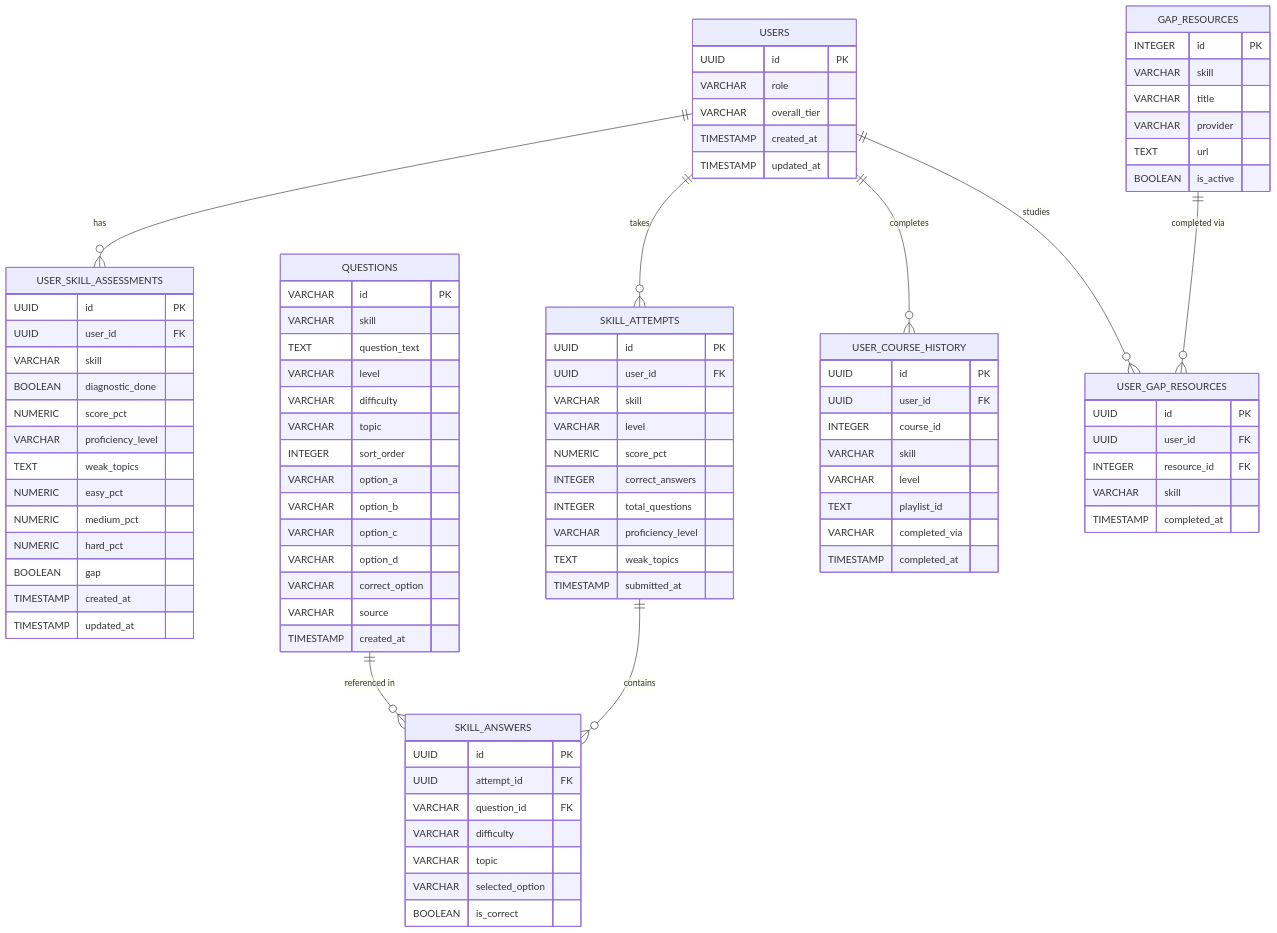
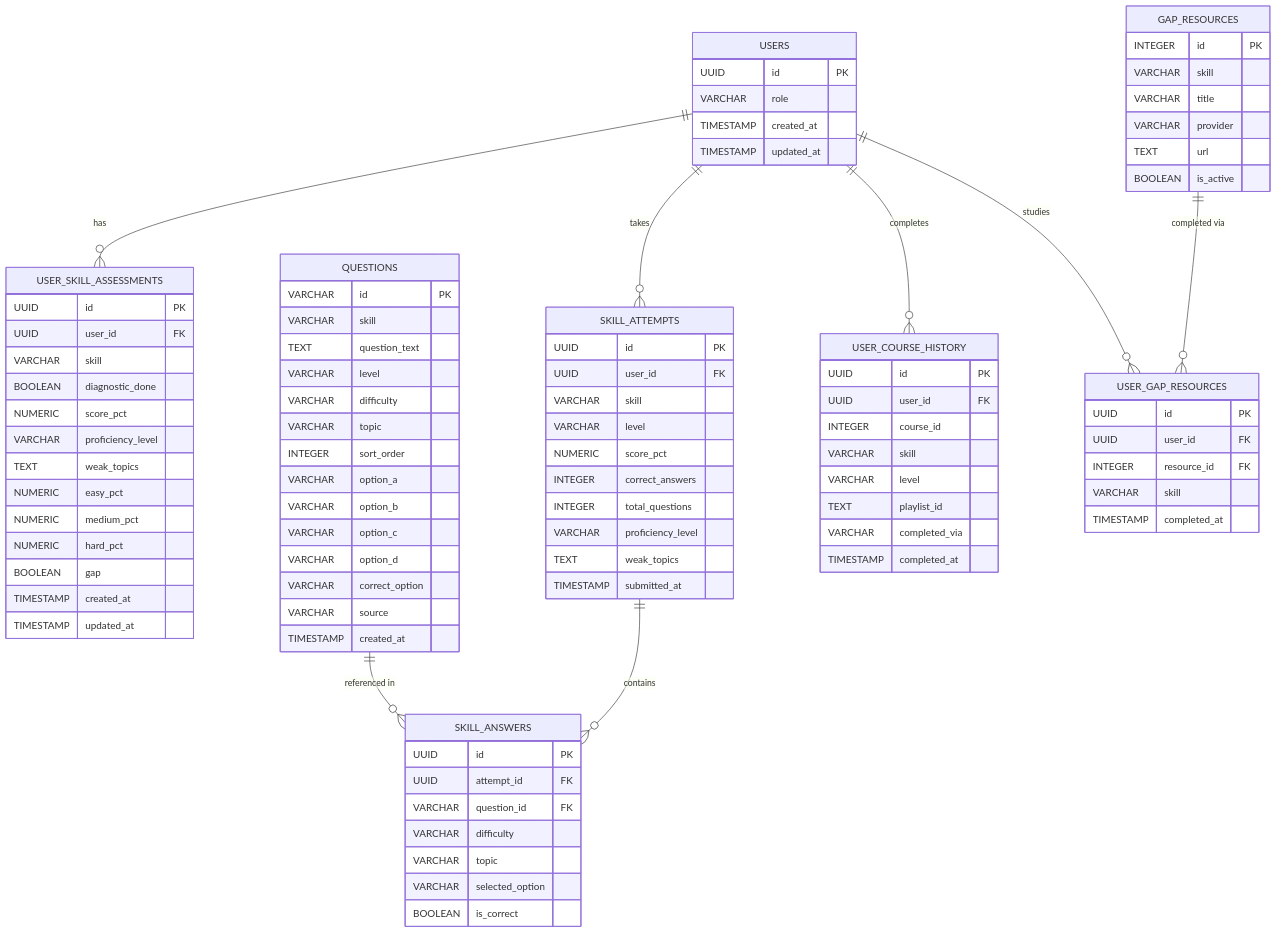
Before and after one commit to rajtharun08/learning-path: the diagram in backend/DATABASE_SCHEMA_DOCUMENTATION.md, drawn with Mermaid. The commit also changed other lines of this file and 3 other files, not shown here.

```diff
--- a/backend/DATABASE_SCHEMA_DOCUMENTATION.md
+++ b/backend/DATABASE_SCHEMA_DOCUMENTATION.md
@@ -22,7 +22,6 @@
     USERS {
         UUID id PK
         VARCHAR role
-        VARCHAR overall_tier
         TIMESTAMP created_at
         TIMESTAMP updated_at
     }
```
